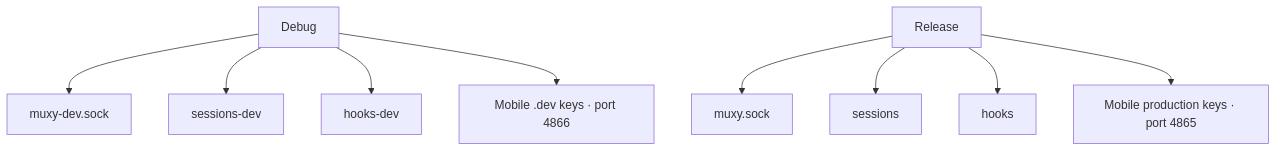
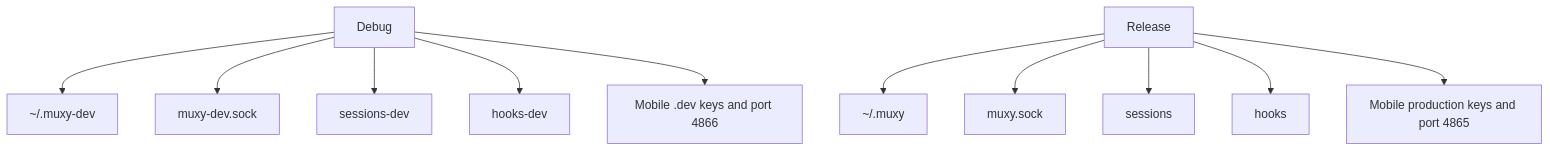
One commit to muxy-app/muxy changed the second of 3 diagrams in docs/development/dev-prod-isolation.md. Above: the diagram before and after it, drawn with Mermaid. The commit also changed other lines of this file and 23 other files, not shown here.

````diff
--- a/docs/development/dev-prod-isolation.md
+++ b/docs/development/dev-prod-isolation.md
@@ -44,12 +58,14 @@
 ```mermaid
 flowchart TB
-    D[Debug] --> DS[muxy-dev.sock]
+    D[Debug] --> DR[~/.muxy-dev]
+    D --> DS[muxy-dev.sock]
     D --> DP[sessions-dev]
     D --> DH[hooks-dev]
-    D --> DM[Mobile .dev keys · port 4866]
+    D --> DM[Mobile .dev keys and port 4866]
 
-    R[Release] --> RS[muxy.sock]
+    R[Release] --> RR[~/.muxy]
+    R --> RS[muxy.sock]
     R --> RP[sessions]
     R --> RH[hooks]
-    R --> RM[Mobile production keys · port 4865]
+    R --> RM[Mobile production keys and port 4865]
 ```
````
